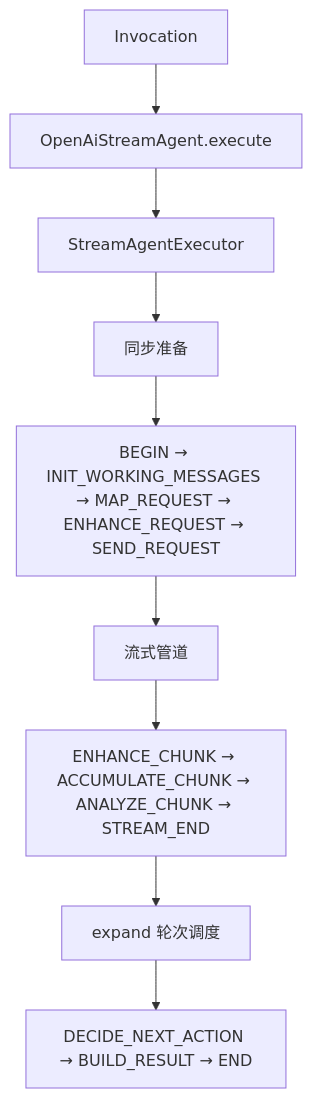
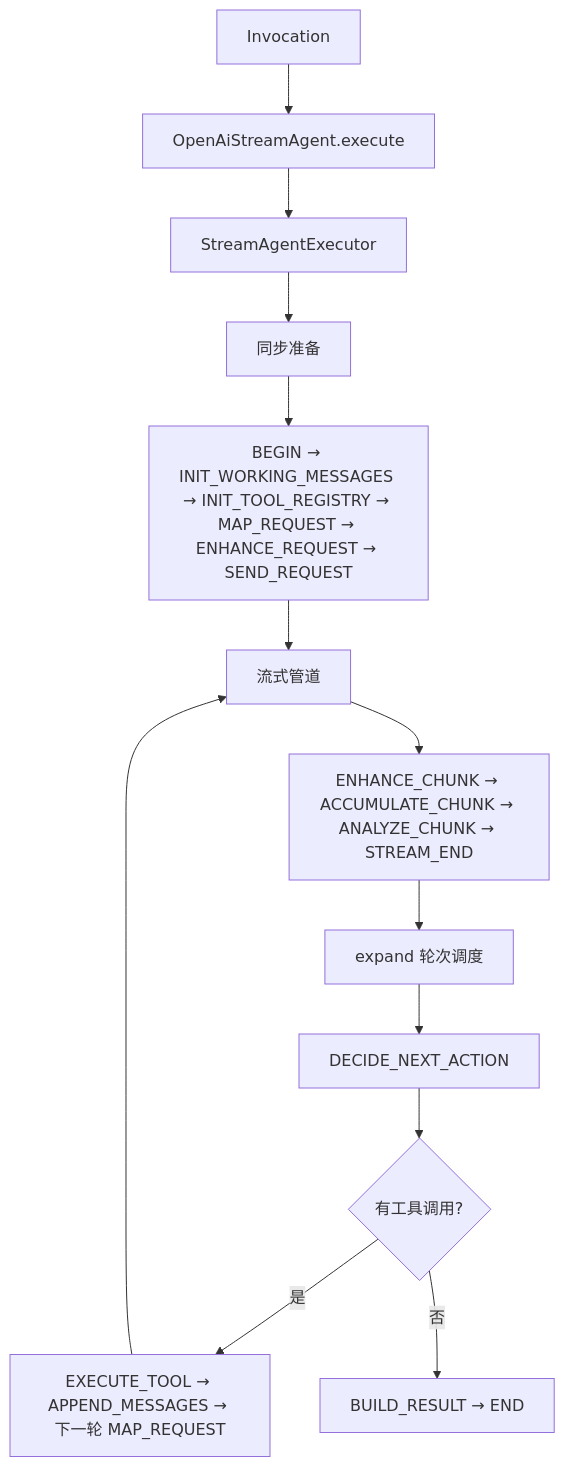
The third of 6 diagrams in docs/openai-compatible-chat.md (Halcyonsong/liteagent-template), drawn with Mermaid before and after one commit. The commit also changed other lines of this file and 55 other files, not shown here.

````diff
--- a/docs/openai-compatible-chat.md
+++ b/docs/openai-compatible-chat.md
@@ -52,11 +62,15 @@
 ```mermaid
 flowchart TD
     C1[Invocation] --> C2[OpenAiStreamAgent.execute]
     C2 --> C3[StreamAgentExecutor]
     C3 --> C4[同步准备]
-    C4 --> C5[BEGIN → INIT_WORKING_MESSAGES → MAP_REQUEST → ENHANCE_REQUEST → SEND_REQUEST]
+    C4 --> C5[BEGIN → INIT_WORKING_MESSAGES → INIT_TOOL_REGISTRY → MAP_REQUEST → ENHANCE_REQUEST → SEND_REQUEST]
     C5 --> C6[流式管道]
     C6 --> C7[ENHANCE_CHUNK → ACCUMULATE_CHUNK → ANALYZE_CHUNK → STREAM_END]
     C7 --> C8[expand 轮次调度]
-    C8 --> C9[DECIDE_NEXT_ACTION → BUILD_RESULT → END]
+    C8 --> C9[DECIDE_NEXT_ACTION]
+    C9 --> C10{有工具调用?}
+    C10 -- 是 --> C11[EXECUTE_TOOL → APPEND_MESSAGES → 下一轮 MAP_REQUEST]
+    C11 --> C6
+    C10 -- 否 --> C12[BUILD_RESULT → END]
 ```
````
